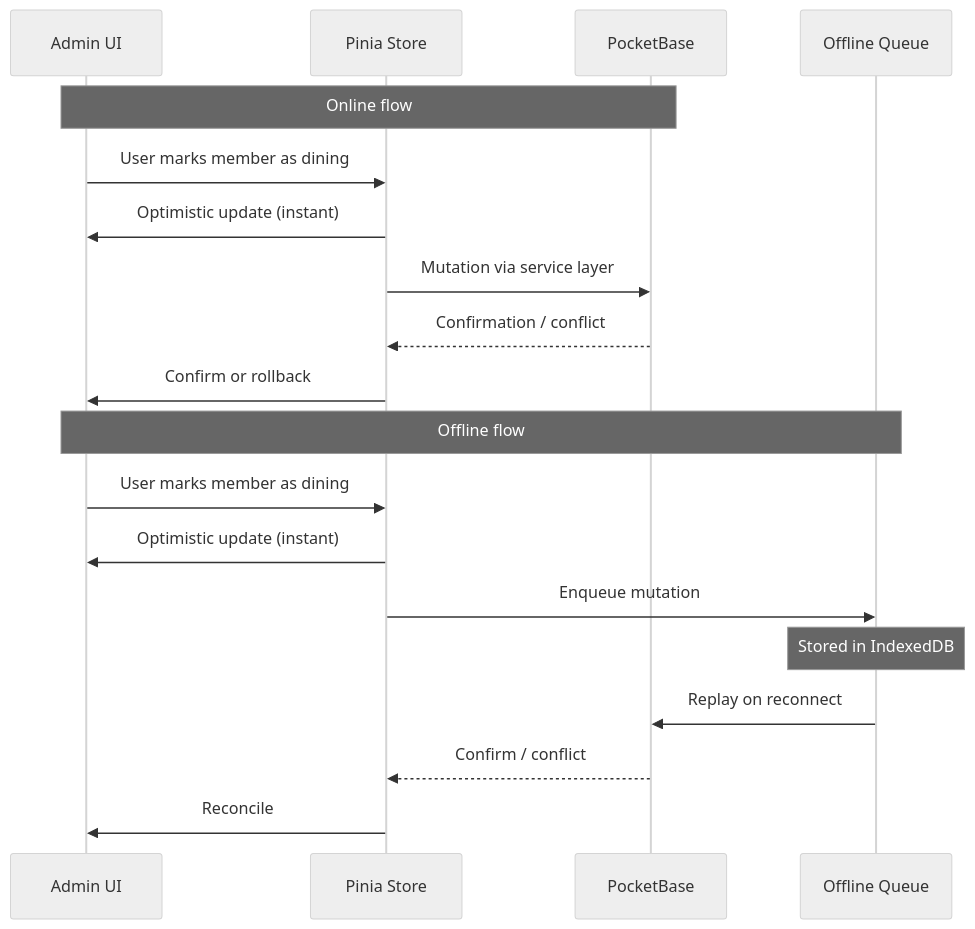
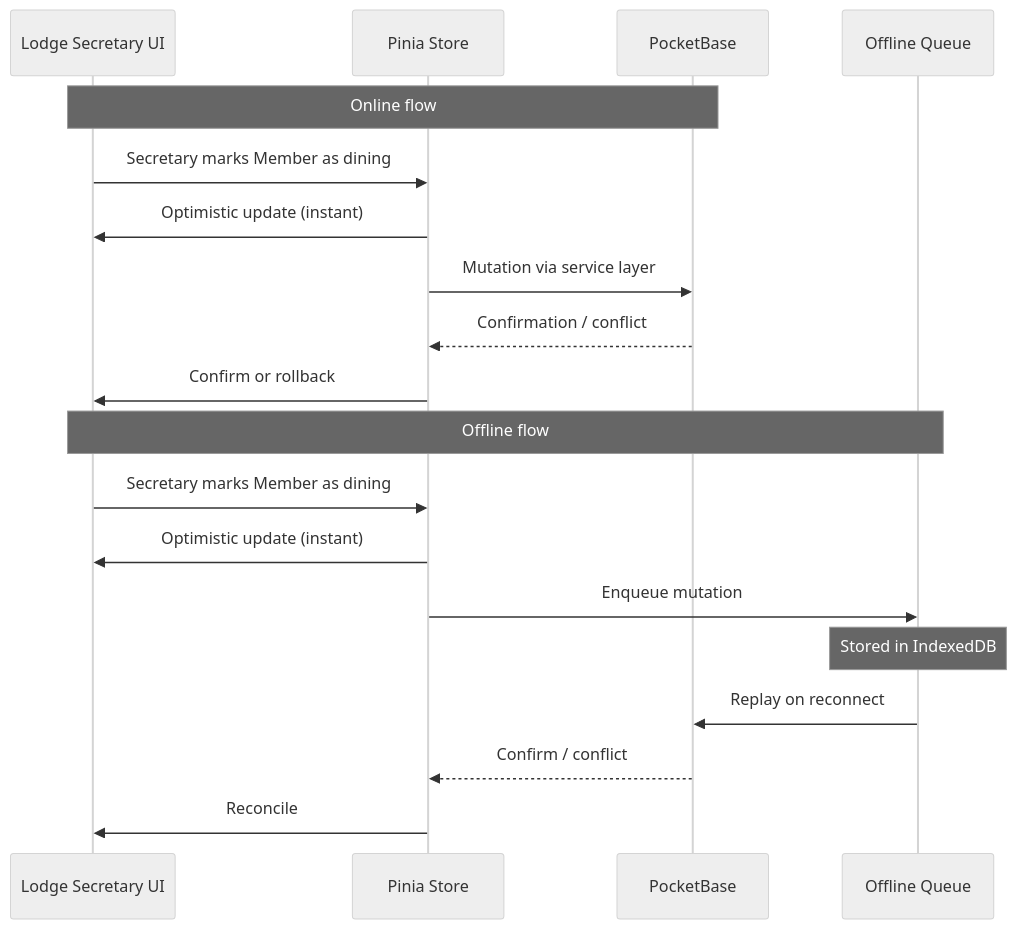
Before and after one commit to DarynHolmes/festive: the third of 4 diagrams in documentation/02_architecture.md, drawn with Mermaid (neutral theme). The commit also changed other lines of this file and 10 other files, not shown here.

````diff
--- a/documentation/02_architecture.md
+++ b/documentation/02_architecture.md
@@ -73,23 +73,23 @@
 ```mermaid
 sequenceDiagram
-    participant UI as Admin UI
+    participant UI as Lodge Secretary UI
     participant Store as Pinia Store
     participant PB as PocketBase
     participant Q as Offline Queue
 
     Note over UI,PB: Online flow
-    UI->>Store: User marks member as dining
+    UI->>Store: Secretary marks Member as dining
     Store->>UI: Optimistic update (instant)
     Store->>PB: Mutation via service layer
     PB-->>Store: Confirmation / conflict
     Store->>UI: Confirm or rollback
 
     Note over UI,Q: Offline flow
-    UI->>Store: User marks member as dining
+    UI->>Store: Secretary marks Member as dining
     Store->>UI: Optimistic update (instant)
     Store->>Q: Enqueue mutation
     Note over Q: Stored in IndexedDB
     Q->>PB: Replay on reconnect
     PB-->>Store: Confirm / conflict
     Store->>UI: Reconcile
 ```
````
